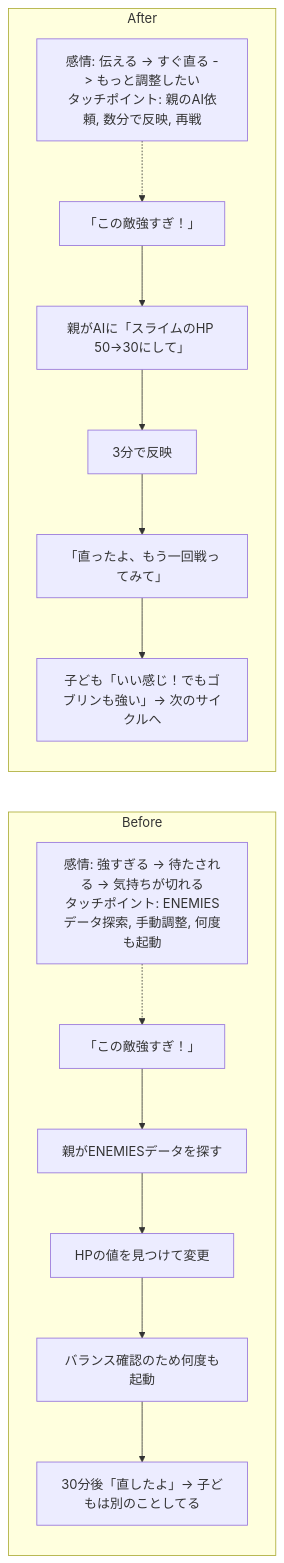
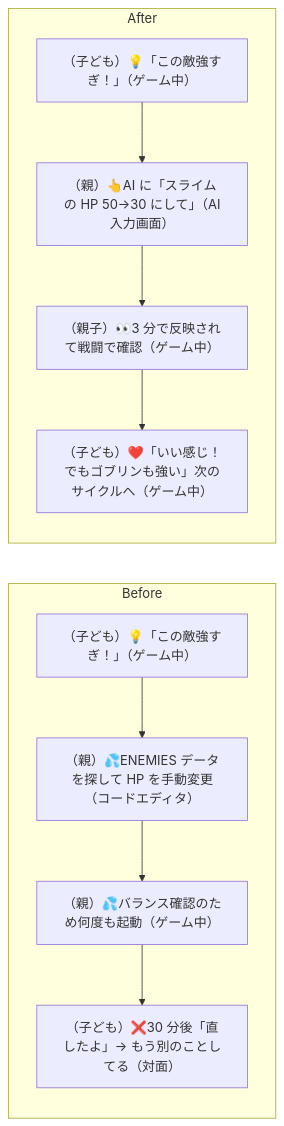
Before and after one commit to tatsuro-ueda/code-quest-pyxel: the tenth of 42 diagrams in docs/customer-journeys.md, drawn with Mermaid. The commit also changed other lines of this file and 20 other files, not shown here.

````diff
--- a/docs/customer-journeys.md
+++ b/docs/customer-journeys.md
@@ -307,19 +292,15 @@
 ```mermaid
 flowchart LR
     subgraph Before["Before"]
-        BM["感情: 強すぎる -> 待たされる -> 気持ちが切れる<br/>タッチポイント: ENEMIESデータ探索, 手動調整, 何度も起動"]
-        BM -.-> B1
-        B1[「この敵強すぎ！」] --> B2[親がENEMIESデータを探す]
-        B2 --> B3[HPの値を見つけて変更]
-        B3 --> B4[バランス確認のため何度も起動]
-        B4 --> B5[30分後「直したよ」→ 子どもは別のことしてる]
+        B1[（子ども）💡「この敵強すぎ！」（ゲーム中）]
+        B1 --> B2[（親）💦ENEMIES データを探して HP を手動変更（コードエディタ）]
+        B2 --> B3[（親）💦バランス確認のため何度も起動（ゲーム中）]
+        B3 --> B4[（子ども）❌30 分後「直したよ」→ もう別のことしてる（対面）]
     end
     subgraph After["After"]
-        AM["感情: 伝える -> すぐ直る -> もっと調整したい<br/>タッチポイント: 親のAI依頼, 数分で反映, 再戦"]
-        AM -.-> A1
-        A1[「この敵強すぎ！」] --> A2[親がAIに「スライムのHP 50→30にして」]
-        A2 --> A3[3分で反映]
-        A3 --> A4[「直ったよ、もう一回戦ってみて」]
-        A4 --> A5[子ども「いい感じ！でもゴブリンも強い」→ 次のサイクルへ]
+        A1[（子ども）💡「この敵強すぎ！」（ゲーム中）]
+        A1 --> A2[（親）👆AI に「スライムの HP 50→30 にして」（AI入力画面）]
+        A2 --> A3[（親子）👀3 分で反映されて戦闘で確認（ゲーム中）]
+        A3 --> A4[（子ども）❤️「いい感じ！でもゴブリンも強い」次のサイクルへ（ゲーム中）]
     end
 ```
````
